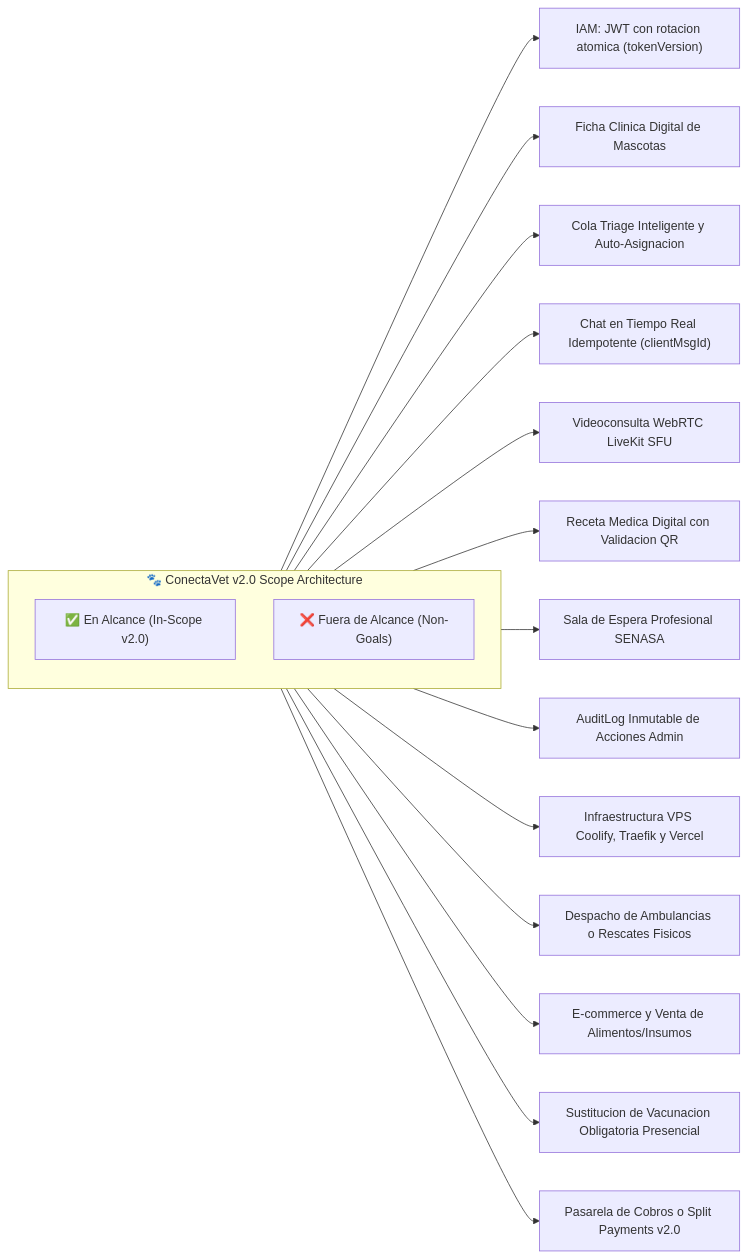
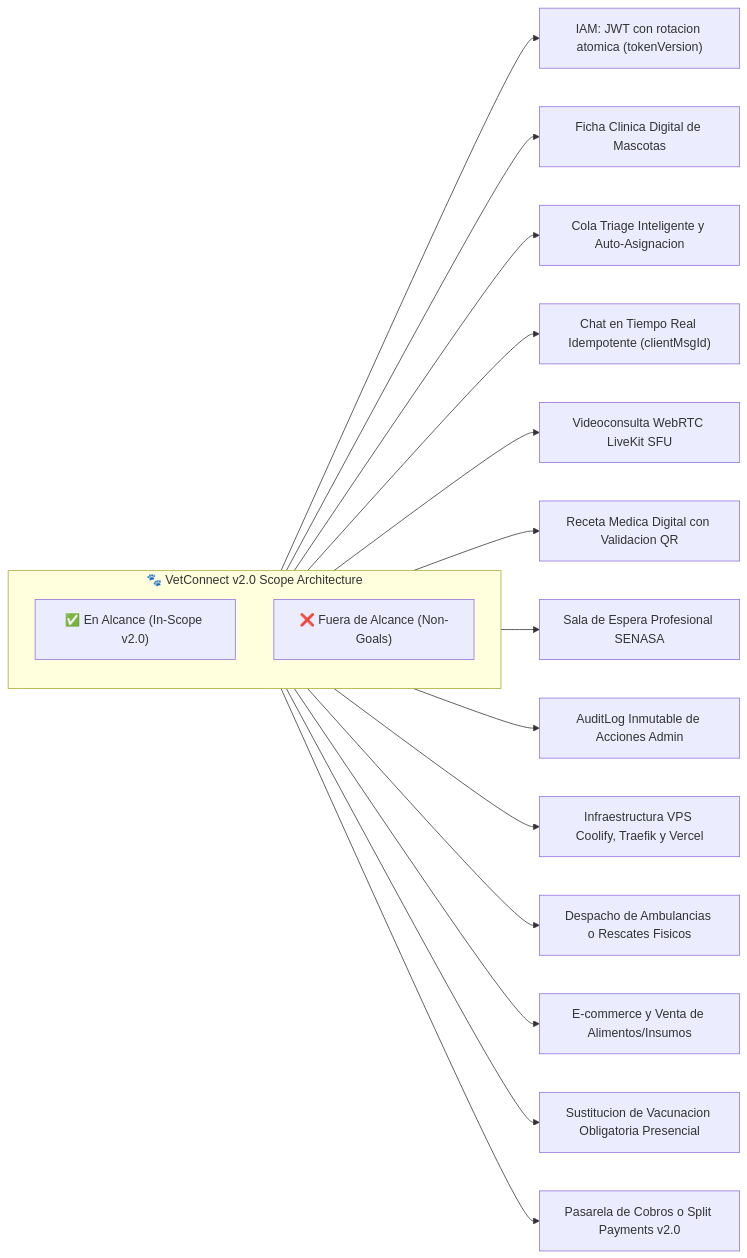
One commit to grupo-pinnacle/VetConnect changed the first of 2 diagrams in docs/PROJECT_CHARTER.md. Above: the diagram before and after it, drawn with Mermaid. The commit also changed other lines of this file and 17 other files, not shown here.

````diff
--- a/docs/PROJECT_CHARTER.md
+++ b/docs/PROJECT_CHARTER.md
@@ -40,23 +40,23 @@
 ```mermaid
 flowchart LR
-    subgraph Core["🐾 ConectaVet v2.0 Scope Architecture"]
+    subgraph Core["🐾 VetConnect v2.0 Scope Architecture"]
         direction TB
         ScopeIn["✅ En Alcance (In-Scope v2.0)"]
         ScopeOut["❌ Fuera de Alcance (Non-Goals)"]
     end
 
     ScopeIn --> A1["IAM: JWT con rotacion atomica (tokenVersion)"]
     ScopeIn --> A2["Ficha Clinica Digital de Mascotas"]
     ScopeIn --> A3["Cola Triage Inteligente y Auto-Asignacion"]
     ScopeIn --> A4["Chat en Tiempo Real Idempotente (clientMsgId)"]
     ScopeIn --> A5["Videoconsulta WebRTC LiveKit SFU"]
     ScopeIn --> A6["Receta Medica Digital con Validacion QR"]
     ScopeIn --> A7["Sala de Espera Profesional SENASA"]
     ScopeIn --> A8["AuditLog Inmutable de Acciones Admin"]
     ScopeIn --> A9["Infraestructura VPS Coolify, Traefik y Vercel"]
 
     ScopeOut --> B1["Despacho de Ambulancias o Rescates Fisicos"]
     ScopeOut --> B2["E-commerce y Venta de Alimentos/Insumos"]
     ScopeOut --> B3["Sustitucion de Vacunacion Obligatoria Presencial"]
     ScopeOut --> B4["Pasarela de Cobros o Split Payments v2.0"]
 ```
````
